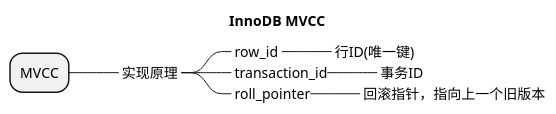
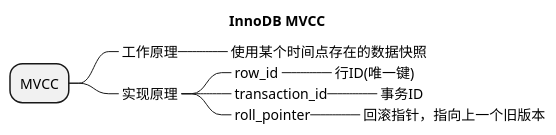
Diagram 13 of 17 in 面试/数据库/mysql/mysql.md (yayaa-uuu/study), drawn with PlantUML before and after one commit. The commit also changed other lines of this file, not shown here.

````diff
--- a/面试/数据库/mysql/mysql.md
+++ b/面试/数据库/mysql/mysql.md
@@ -224,14 +237,17 @@
 ```plantuml
 @startmindmap
 title InnoDB MVCC
 
 * MVCC
+**_ 工作原理
+***_ 使用某个时间点存在的数据快照
+
 **_ 实现原理 
 ***_ row_id 
 ****_ 行ID(唯一键)    
 ***_ transaction_id
 ****_ 事务ID
 ***_ roll_pointer
 ****_ 回滚指针，指向上一个旧版本
 @endmindmap
 ```
````
